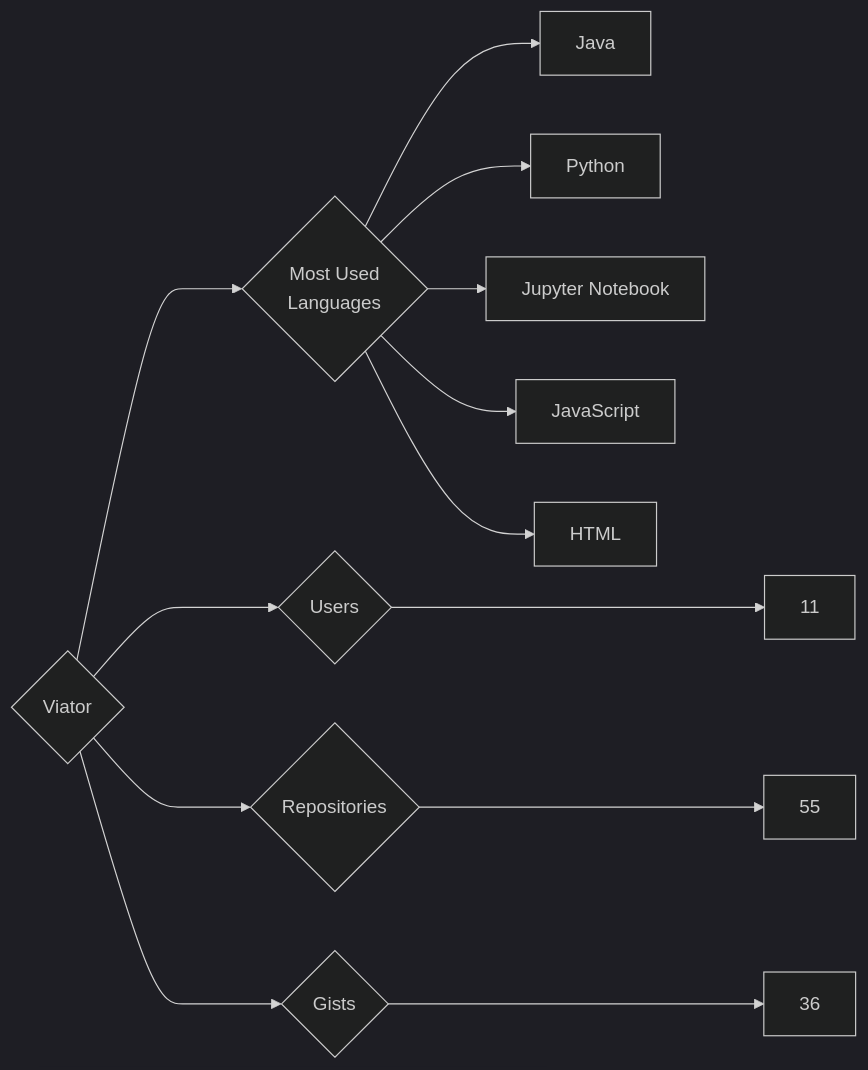
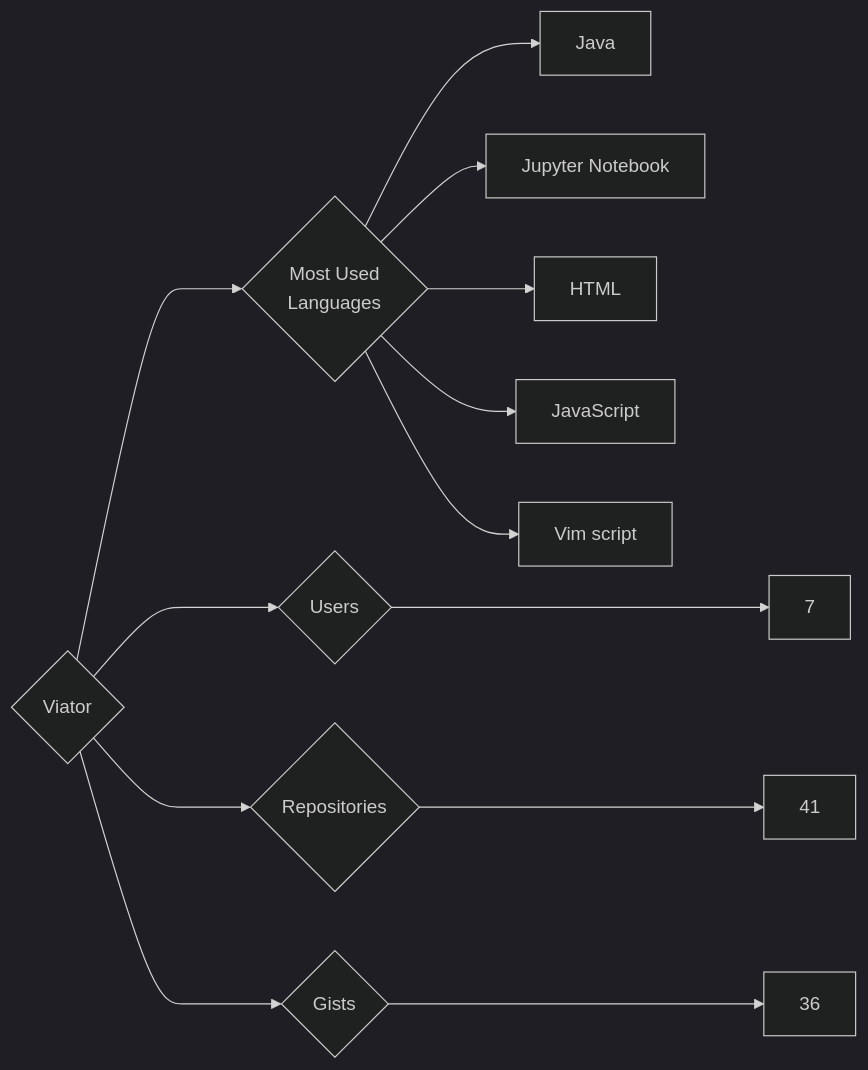
Before and after one commit to trickest/insiders: the diagram in targets/Viator/README.md, drawn with Mermaid (dark theme). The commit also changed 770 other files, not shown here.

````diff
--- a/targets/Viator/README.md
+++ b/targets/Viator/README.md
@@ -3,13 +3,13 @@
 ```mermaid
 graph LR
 COMPANY_NAME{Viator}
-COMPANY_NAME ---> U{Users} ---> UN[11]
-COMPANY_NAME ---> R{Repositories} ---> RN[55]
+COMPANY_NAME ---> U{Users} ---> UN[7]
+COMPANY_NAME ---> R{Repositories} ---> RN[41]
 COMPANY_NAME ---> G{Gists} ---> GN[36]
 COMPANY_NAME ---> ML{Most Used<br>Languages}
 ML --> Java[Java]
-ML --> Python[Python]
 ML --> Jupyter_Notebook[Jupyter Notebook]
+ML --> HTML[HTML]
 ML --> JavaScript[JavaScript]
-ML --> HTML[HTML]
+ML --> Vim_script[Vim script]
 ```
````
